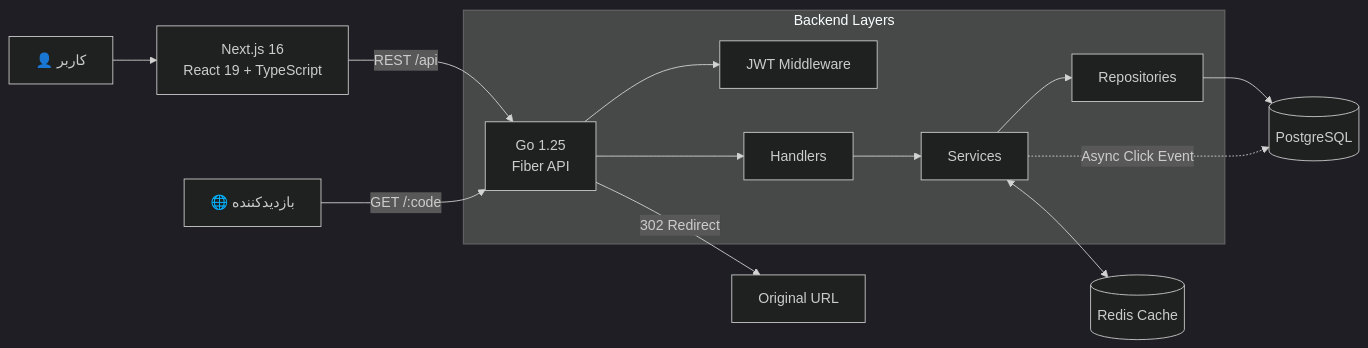
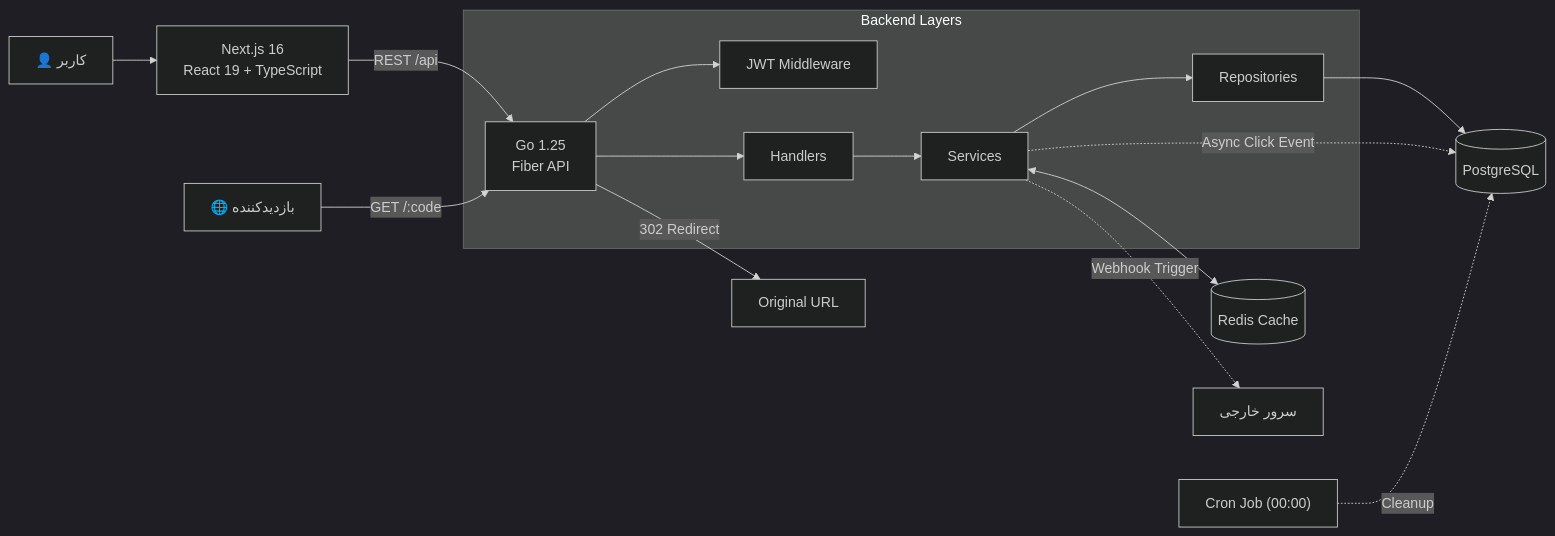
One commit to AmirMotefaker/LinkResan changed the first of 2 diagrams in README.md. Above: the diagram before and after it, drawn with Mermaid (dark theme). The commit also changed other lines of this file, not shown here.

````diff
--- a/README.md
+++ b/README.md
@@ -373,20 +212,23 @@
 ```mermaid
 flowchart LR
     USER["👤 کاربر"] --> WEB["Next.js 16<br/>React 19 + TypeScript"]
     WEB -->|"REST /api"| API["Go 1.25<br/>Fiber API"]
 
     subgraph BACKEND["Backend Layers"]
         API --> AUTH["JWT Middleware"]
         API --> HANDLER["Handlers"]
         HANDLER --> SERVICE["Services"]
         SERVICE --> REPO["Repositories"]
     end
 
     REPO --> PG[("PostgreSQL")]
     SERVICE <--> REDIS[("Redis Cache")]
 
     SERVICE -. "Async Click Event" .-> PG
+    SERVICE -. "Webhook Trigger" .-> EXT["سرور خارجی"]
+    
+    CRON["Cron Job (00:00)"] -. "Cleanup" .-> PG
 
     VISITOR["🌐 بازدیدکننده"] -->|"GET /:code"| API
     API -->|"302 Redirect"| TARGET["Original URL"]
 ```
````
